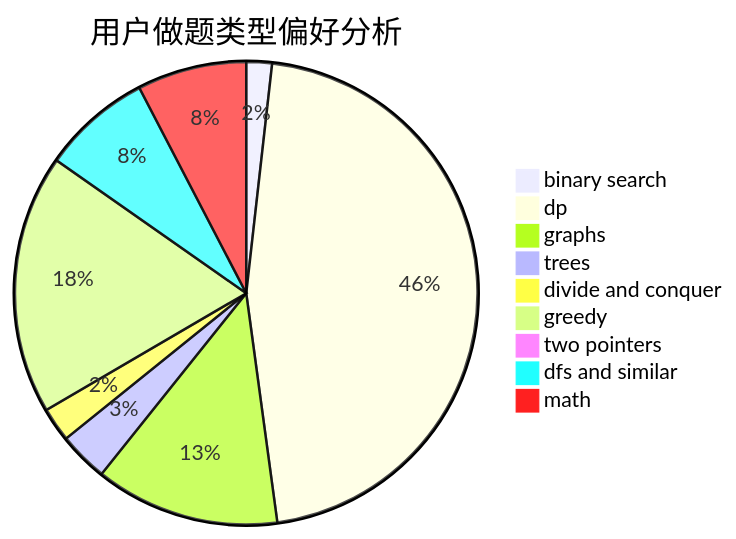
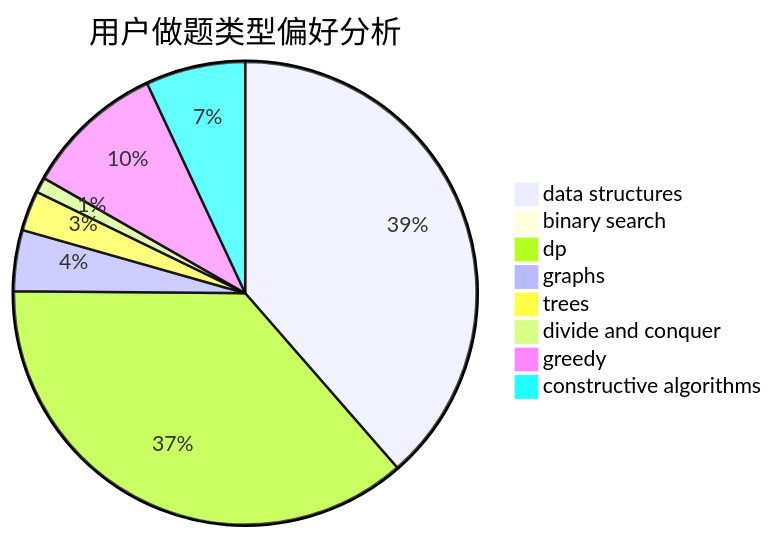
The second of 3 diagrams in docs/user/u1942.md (sherpahu/cfrs.github.io), drawn with Mermaid before and after one commit. The commit also changed other lines of this file and 2775 other files, not shown here.

````diff
--- a/docs/user/u1942.md
+++ b/docs/user/u1942.md
@@ -23,12 +23,11 @@
 ```mermaid
 pie title 用户做题类型偏好分析
-    "binary search" :  15
-    "dp" :  386
-    "graphs" :  108
+    "data structures" :  399
+    "binary search" :  0
+    "dp" :  378
+    "graphs" :  44
     "trees" :  29
-    "divide and conquer" :  20
-    "greedy" :  152
-    "two pointers" :  0
-    "dfs and similar" :  64
-    "math" :  64
+    "divide and conquer" :  11
+    "greedy" :  101
+    "constructive algorithms" :  72
 ```
````
